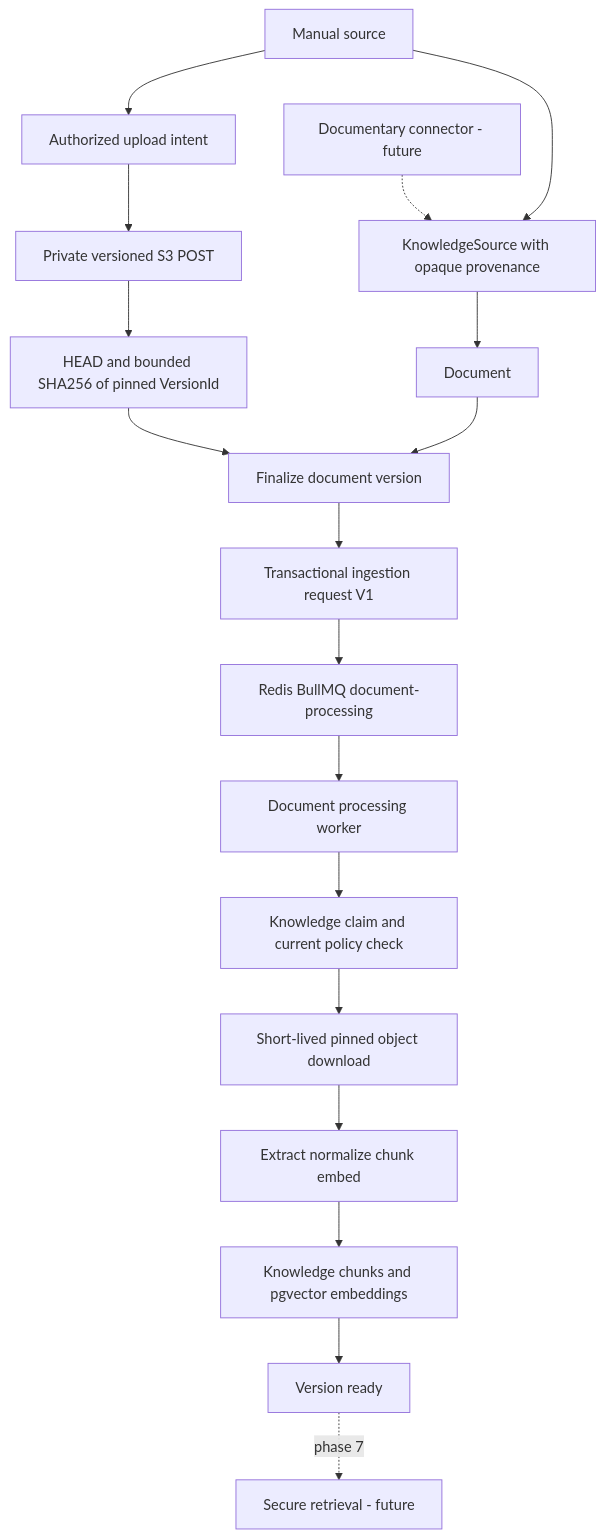
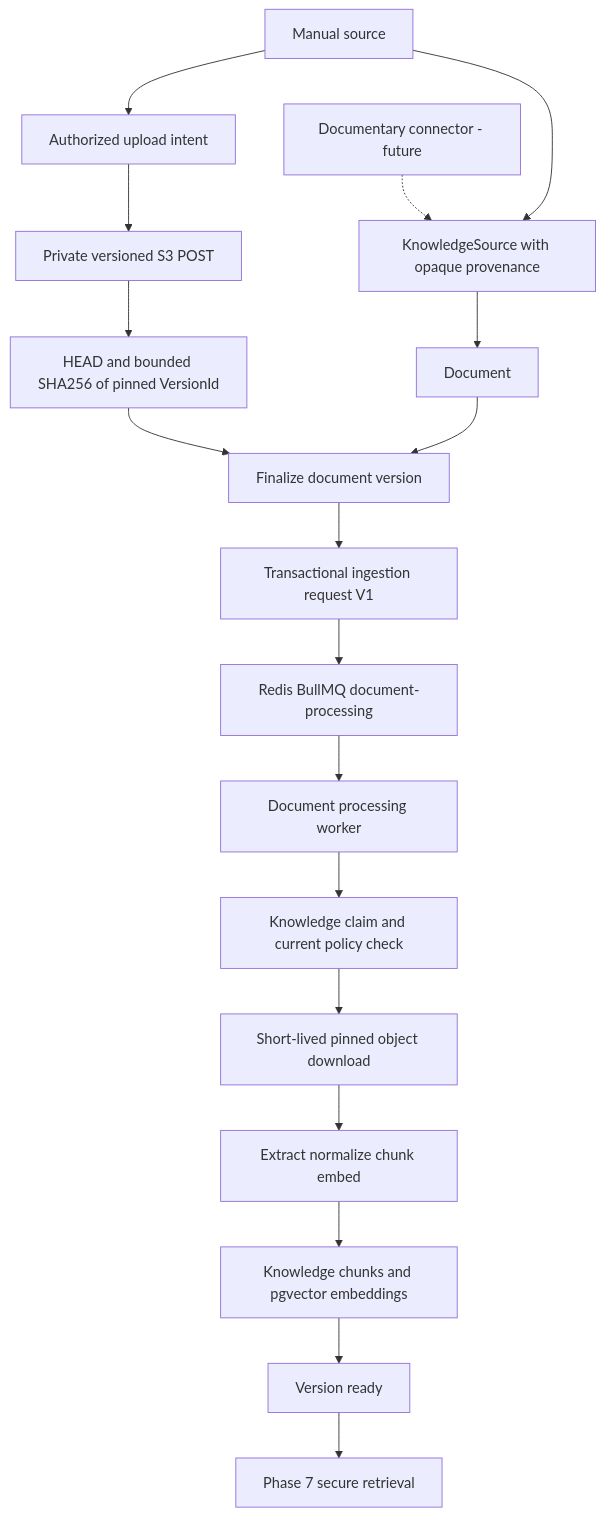
One commit to AndrixNg1/amani.ia changed the diagram in docs/architecture/diagrams/10-knowledge-ingestion.mmd. Above: the diagram before and after it, drawn with Mermaid. The commit also changed 7 other files, not shown here.

Commit message:
docs(architecture): define authorization-aware knowledge retrieval

```diff
--- a/docs/architecture/diagrams/10-knowledge-ingestion.mmd
+++ b/docs/architecture/diagrams/10-knowledge-ingestion.mmd
@@ -1,18 +1,18 @@
 flowchart TD
   Manual[Manual source] --> Intent[Authorized upload intent]
   External[Documentary connector - future] -.-> Source[KnowledgeSource with opaque provenance]
   Manual --> Source
   Source --> Doc[Document]
   Intent --> S3[Private versioned S3 POST]
   S3 --> Verify[HEAD and bounded SHA256 of pinned VersionId]
   Verify --> Version[Finalize document version]
   Doc --> Version
   Version --> Job[Transactional ingestion request V1]
   Job --> Queue[Redis BullMQ document-processing]
   Queue --> Worker[Document processing worker]
   Worker --> Claim[Knowledge claim and current policy check]
   Claim --> Download[Short-lived pinned object download]
   Download --> Extract[Extract normalize chunk embed]
   Extract --> Index[Knowledge chunks and pgvector embeddings]
   Index --> Ready[Version ready]
-  Ready -. phase 7 .-> Retrieval[Secure retrieval - future]
+  Ready --> Retrieval[Phase 7 secure retrieval]
```
